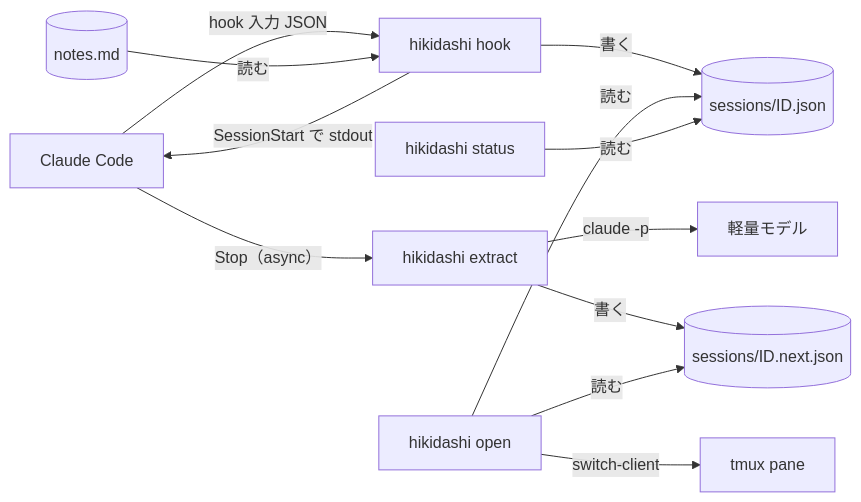
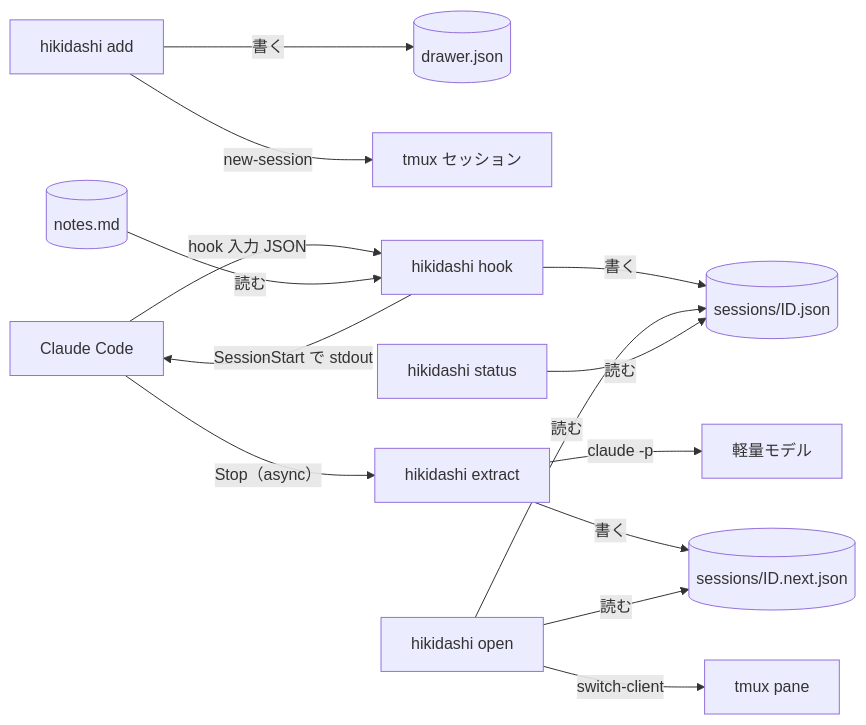
Before and after one commit to douhashi/hikidashi: the first of 2 diagrams in docs/development/architecture.md, drawn with Mermaid. The commit also changed other lines of this file and 14 other files, not shown here.

````diff
--- a/docs/development/architecture.md
+++ b/docs/development/architecture.md
@@ -39,14 +39,16 @@
 ```mermaid
 flowchart LR
+  AD[hikidashi add] -- 書く --> D[(drawer.json)]
+  AD -- new-session --> TS[tmux セッション]
   CC[Claude Code] -- hook 入力 JSON --> H[hikidashi hook]
   CC -- Stop（async） --> X[hikidashi extract]
   H -- 書く --> S[(sessions/ID.json)]
   H -- SessionStart で stdout --> CC
   N[(notes.md)] -- 読む --> H
   X -- claude -p --> M[軽量モデル]
   X -- 書く --> A[(sessions/ID.next.json)]
   O[hikidashi open] -- 読む --> S
   O -- 読む --> A
   O -- switch-client --> T[tmux pane]
   ST[hikidashi status] -- 読む --> S
 ```
````
